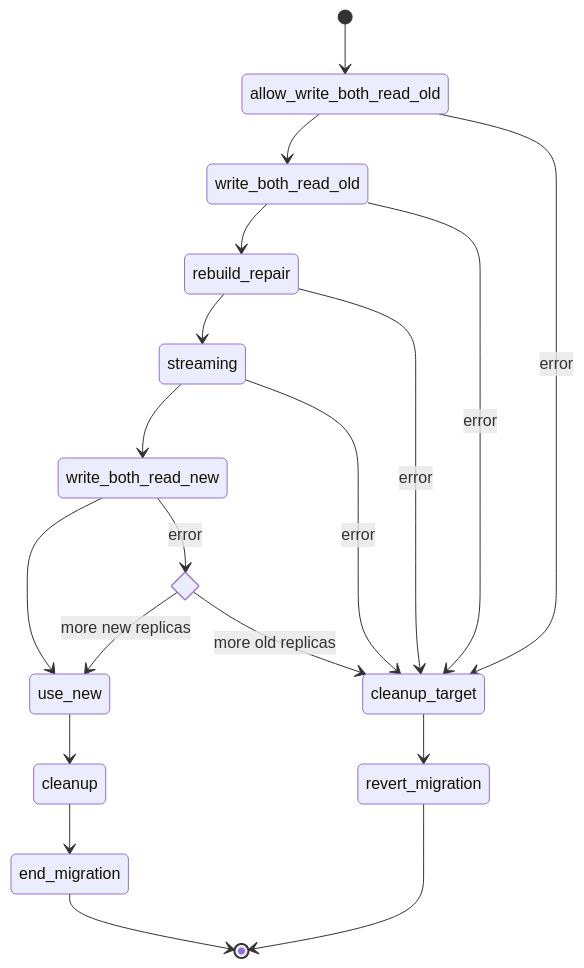
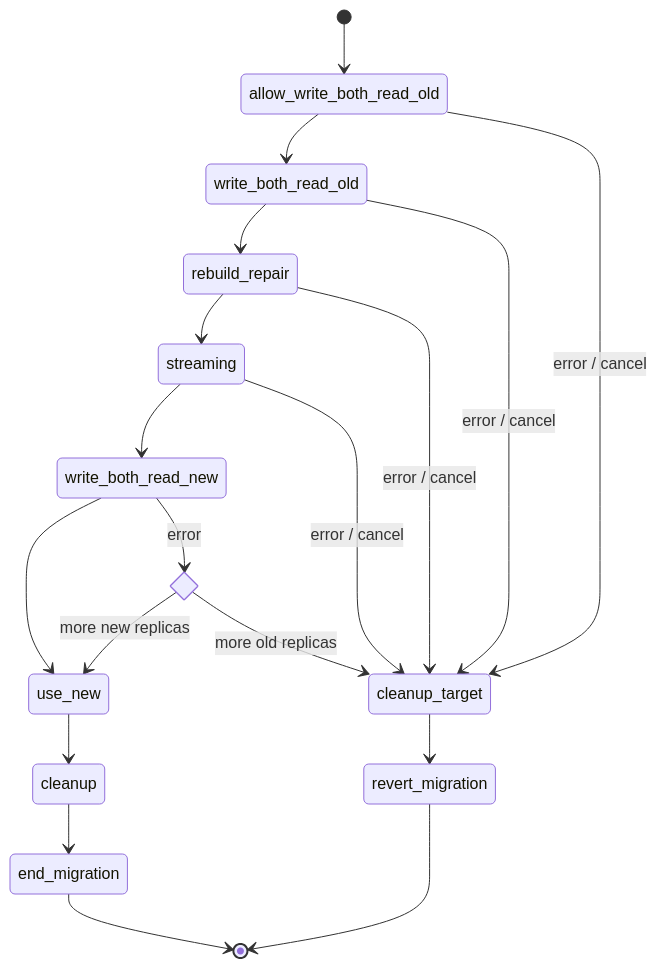
Before and after one commit to scylladb/scylladb: the third of 4 diagrams in docs/dev/topology-over-raft.md, drawn with Mermaid. The commit also changed other lines of this file and 1 other file, not shown here.

````diff
--- a/docs/dev/topology-over-raft.md
+++ b/docs/dev/topology-over-raft.md
@@ -376,22 +376,22 @@
 ```mermaid
 stateDiagram-v2
     state if_state <<choice>>
     [*] --> allow_write_both_read_old
     allow_write_both_read_old --> write_both_read_old
     write_both_read_old --> rebuild_repair
     rebuild_repair --> streaming
     streaming --> write_both_read_new
     write_both_read_new --> use_new
     use_new --> cleanup
     cleanup --> end_migration
     end_migration --> [*]
-    allow_write_both_read_old --> cleanup_target: error
-    write_both_read_old --> cleanup_target: error
-    rebuild_repair --> cleanup_target: error
-    streaming --> cleanup_target: error
+    allow_write_both_read_old --> cleanup_target: error / cancel
+    write_both_read_old --> cleanup_target: error / cancel
+    rebuild_repair --> cleanup_target: error / cancel
+    streaming --> cleanup_target: error / cancel
     write_both_read_new --> if_state: error
     if_state --> use_new: more new replicas
     if_state --> cleanup_target: more old replicas
     cleanup_target --> revert_migration
     revert_migration --> [*]
 ```
````
